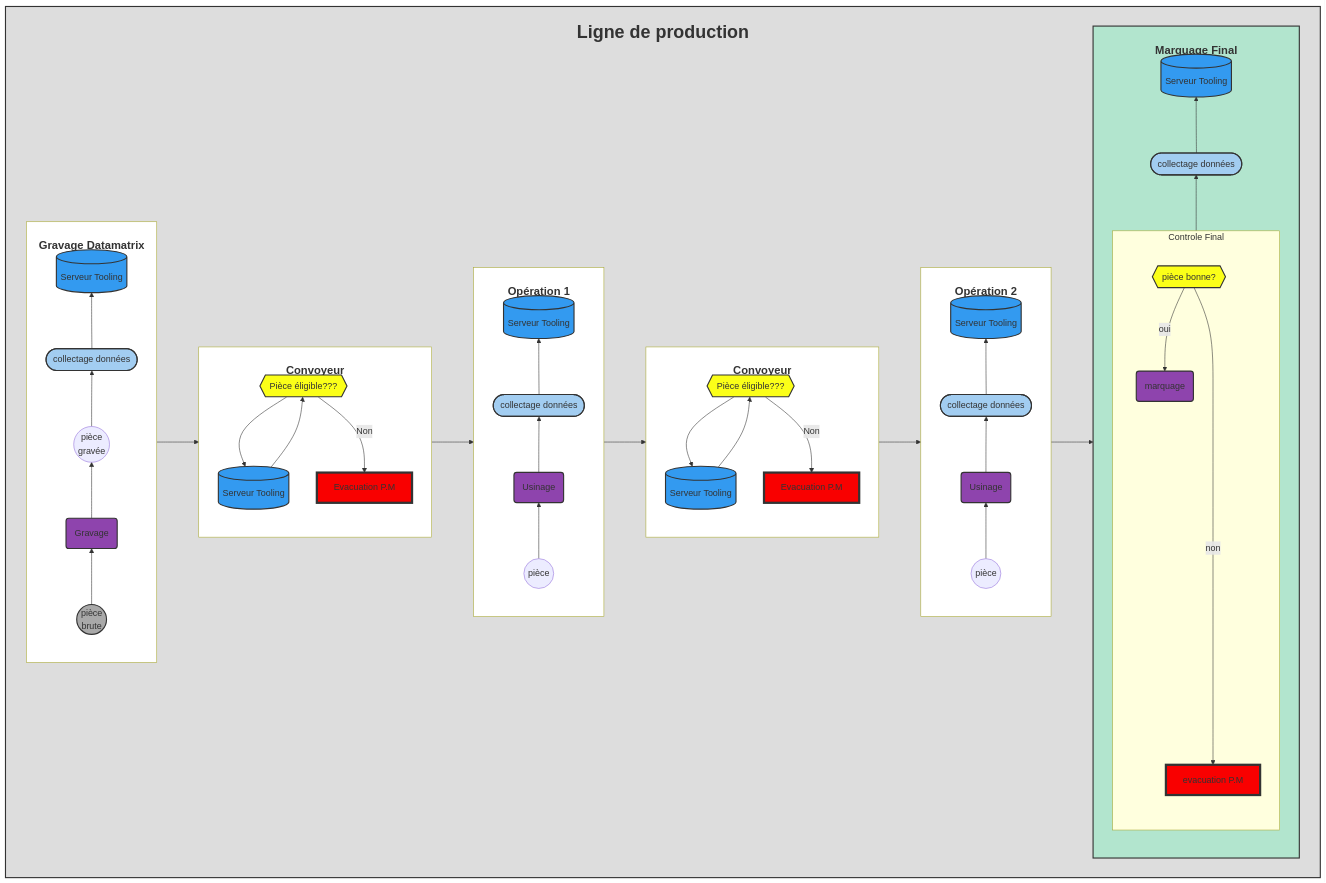
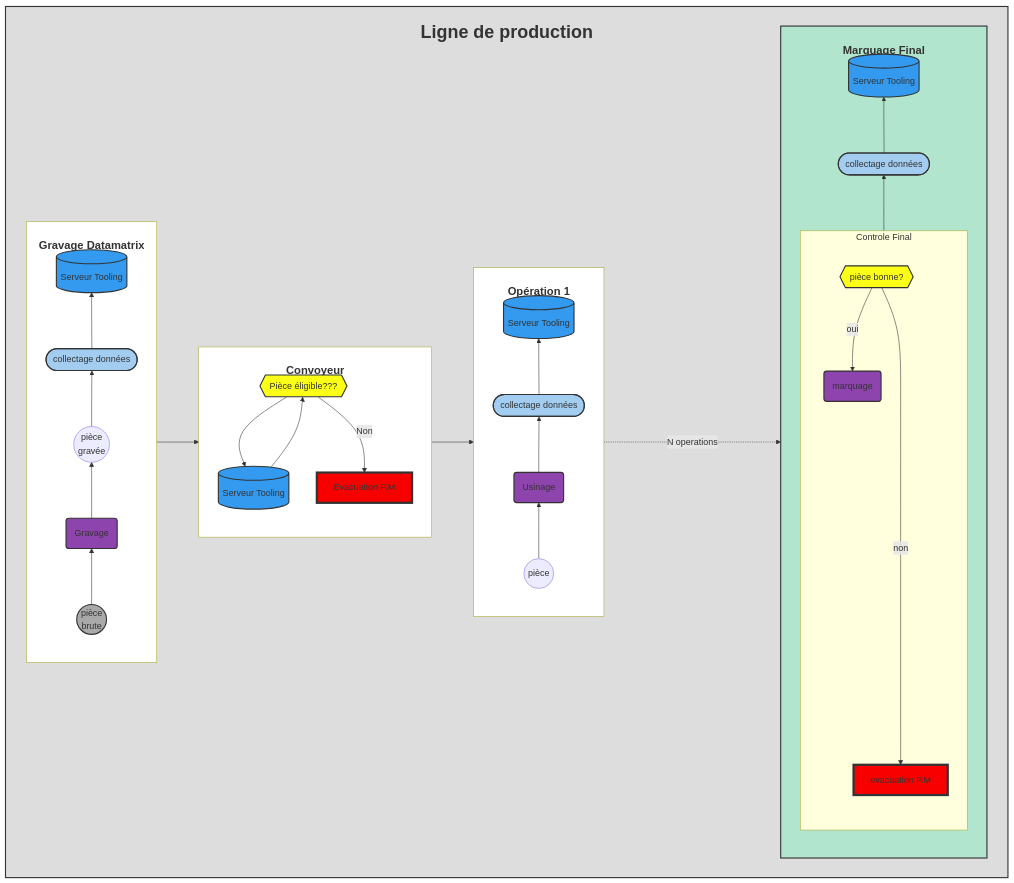
The diagram in docs/guide/README.md (a670485/DigitalProduction), drawn with Mermaid before and after one commit. The commit also changed other lines of this file and 12 other files, not shown here.

````diff
--- a/docs/guide/README.md
+++ b/docs/guide/README.md
@@ -32,71 +34,61 @@
 ```mermaid
 flowchart BT
 
 subgraph G [ <strong>Gravage Datamatrix ]
 direction BT
 p0((pièce<br/> brute)) --> gr(Gravage) -->pg((pièce <br/> gravée))  -->proc0([collectage données])-->col[(Serveur Tooling)] 
 end
 
 subgraph M1 [<strong>Opération 1]
 direction BT
 p0M1((pièce)) --> mac1(Usinage) -->proc1([collectage données])-->colM1[(Serveur Tooling)] 
 end
-subgraph M2 [<strong>Opération 2]
-direction BT
-p0M2((pièce)) --> mac2(Usinage) -->proc2([collectage données])-->colM2[(Serveur Tooling)] 
-end
+
 subgraph C1 [<strong>Convoyeur]
   direction TB
   c1 -->q1
  q1[(Serveur Tooling)] -->c1{{Pièce éligible???}}
 
  c1 -->|Non| S1[Evacuation P.M]
  
 end
-subgraph C2 [<strong>Convoyeur]
-  direction TB
-  c2 -->q2
- q2[(Serveur Tooling)] -->c2{{Pièce éligible???}}
 
- c2 -->|Non| S2[Evacuation P.M]
- 
-end
 subgraph MF [<strong> Marquage Final ]
 direction BT
  CF  -->proc3([collectage données])-->colCF[(Serveur Tooling)] 
 
   subgraph CF [Controle Final]
     direction TB
   pbCF{{pièce bonne?}}  ------->|non|S3[evacuation P.M]
   pbCF --> |oui|mq(marquage)
   end
 
 end
 
 subgraph Ligne[<h1>Ligne de production</h1>]
   direction LR
-  G -->C1 -->M1 --> C2-->M2 --> MF
+  G -->C1 -->M1 -...->|N operations |MF
 end
 
 
 classDef blue fill:#339af0,stroke:#333,stroke-width:2px;
 classDef blueLight fill:#a2cdf1,stroke:#333,stroke-width:2px;
 classDef red fill:#f90000,stroke:#333,stroke-width:4px;
 classDef grey fill:#a9a9a9 ,stroke:#333,stroke-width:2px;
 classDef yellow fill:#fbff18,stroke:#333,stroke-width:2px;
 classDef custom padding:0 10px,  font-size:1.25rem,fill:#ffffff,position: relative,top: -3px;
 classDef greyLight fill:#dddddd ,stroke:#333,stroke-width:2px;
 classDef purple fill:#8e44ad ,stroke:#333,stroke-width:2px;
 classDef greenLight fill:#b2e5ce ,stroke:#333,stroke-width:2px;
 
 class colCF,q1,q2,colM1,colM2,col blue
 class proc0,proc1,proc2,proc3 blueLight
 class p0 grey
 class S1,S2,S3 red
 class c1,c2,pbCF yellow
 class G,M1,M2,C1,C2,MF custom
 class Ligne greyLight
 class mq,mac1,mac2,gr purple
 class MF greenLight
 
 ```
````
